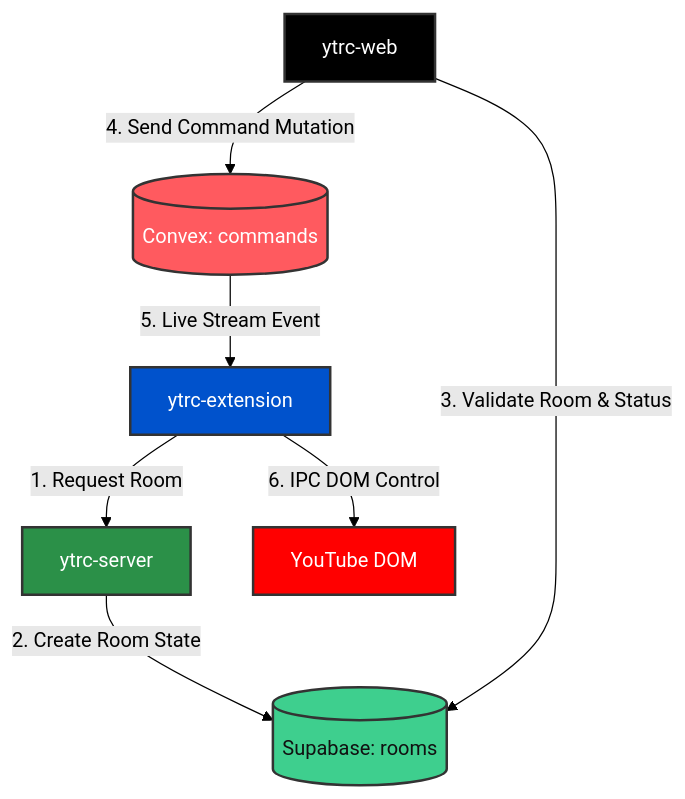
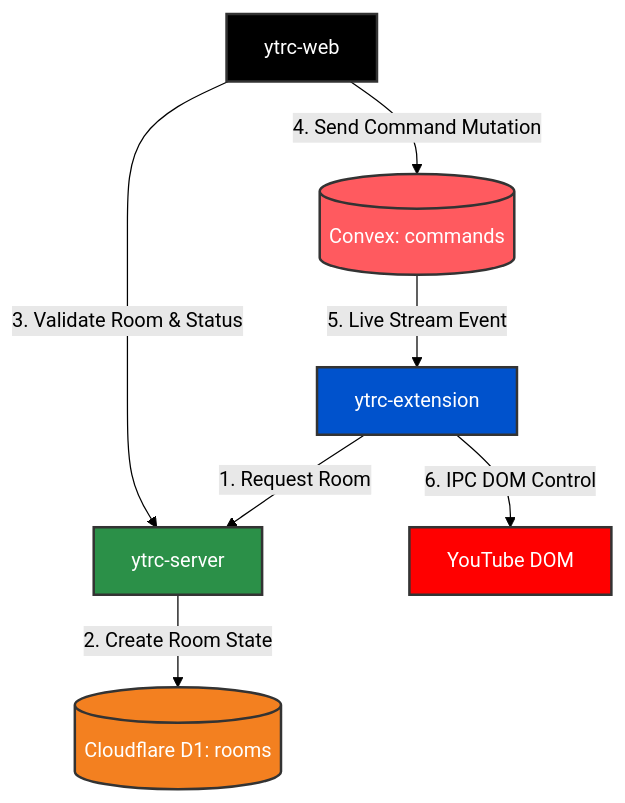
Before and after one commit to aryomuzakki/youtube-remote-control-extension: the diagram in anchor-readme.md, drawn with Mermaid (forest theme). The commit also changed other lines of this file, not shown here.

Commit message:
update anchor readme to adjust the server repo and general architecture

````diff
--- a/anchor-readme.md
+++ b/anchor-readme.md
@@ -33,19 +33,19 @@
 ```mermaid
 graph TD
-    %% The State Flow (Supabase)
+    %% The State Flow (Server + D1)
     Ext[ytrc-extension] -- 1. Request Room --> Srv[ytrc-server]
-    Srv -- 2. Create Room State --> Supa[(Supabase: rooms)]
-    Web[ytrc-web] -- 3. Validate Room & Status --> Supa
+    Srv -- 2. Create Room State --> D1[(Cloudflare D1: rooms)]
+    Web[ytrc-web] -- 3. Validate Room & Status --> Srv
 
     %% The Command Flow (Convex)
     Web -- 4. Send Command Mutation --> Conv[(Convex: commands)]
     Conv -- 5. Live Stream Event --> Ext
     Ext -- 6. IPC DOM Control --> YT[YouTube DOM]
 
     style Ext fill:#0052cc,stroke:#333,stroke-width:2px,color:#fff
     style Web fill:#000000,stroke:#333,stroke-width:2px,color:#fff
     style Srv fill:#2b9048,stroke:#333,stroke-width:2px,color:#fff
-    style Supa fill:#3ecf8e,stroke:#333,stroke-width:2px,color:#111
+    style D1 fill:#f38020,stroke:#333,stroke-width:2px,color:#fff
     style Conv fill:#ff5a5f,stroke:#333,stroke-width:2px,color:#fff
     style YT fill:#ff0000,stroke:#333,stroke-width:2px,color:#fff
 ```
````
